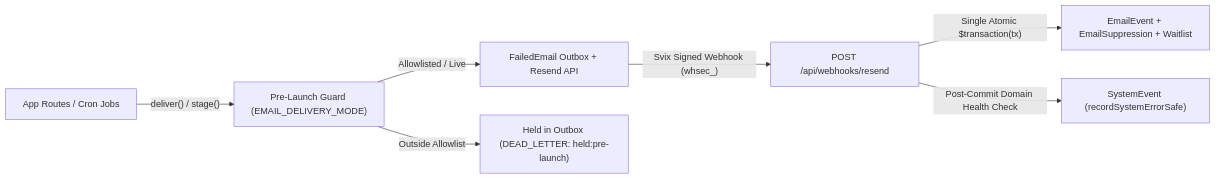
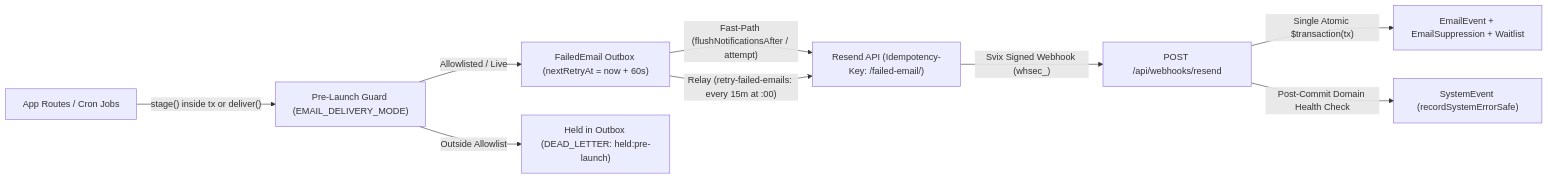
Before and after one commit to Practitionist/familiarise_web: the diagram in docs/email/README.md, drawn with Mermaid. The commit also changed other lines of this file and 72 other files, not shown here.

Commit message:
feat(notifications): productionize dual-channel outbox, channel parity, security & non-blocking delivery (#2082, #1848, #1653)

````diff
--- a/docs/email/README.md
+++ b/docs/email/README.md
@@ -17,9 +17,11 @@
 ```mermaid
 flowchart LR
-    App["App Routes / Cron Jobs"] -->|"deliver() / stage()"| Guard["Pre-Launch Guard (EMAIL_DELIVERY_MODE)"]
-    Guard -->|"Allowlisted / Live"| Outbox["FailedEmail Outbox + Resend API"]
+    App["App Routes / Cron Jobs"] -->|"stage() inside tx or deliver()"| Guard["Pre-Launch Guard (EMAIL_DELIVERY_MODE)"]
+    Guard -->|"Allowlisted / Live"| Outbox["FailedEmail Outbox (nextRetryAt = now + 60s)"]
     Guard -->|"Outside Allowlist"| Held["Held in Outbox (DEAD_LETTER: held:pre-launch)"]
-    Outbox -->|"Svix Signed Webhook (whsec_)"| Webhook["POST /api/webhooks/resend"]
+    Outbox -->|"Fast-Path (flushNotificationsAfter / attempt)"| Resend["Resend API (Idempotency-Key: <TYPE>/failed-email/<id>)"]
+    Outbox -->|"Relay (retry-failed-emails: every 15m at :00)"| Resend
+    Resend -->|"Svix Signed Webhook (whsec_)"| Webhook["POST /api/webhooks/resend"]
     Webhook -->|"Single Atomic $transaction(tx)"| Tables["EmailEvent + EmailSuppression + Waitlist"]
     Webhook -->|"Post-Commit Domain Health Check"| SystemEvent["SystemEvent (recordSystemErrorSafe)"]
 ```
````
